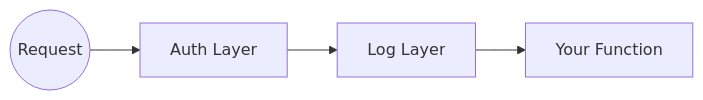
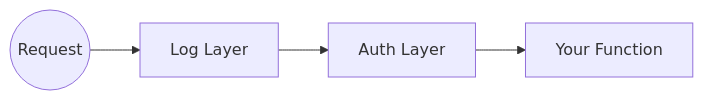
Before and after one commit to dake-edu/gopher-shop: the diagram in docs/middle/10-middleware.md, drawn with Mermaid. The commit also changed other lines of this file and 85 other files, not shown here.

````diff
--- a/docs/middle/10-middleware.md
+++ b/docs/middle/10-middleware.md
@@ -46,6 +46,6 @@
 ```mermaid
 graph LR
-    Req((Request)) --> Auth[Auth Layer]
-    Auth --> Log[Log Layer]
-    Log --> Handler[Your Function]
+    Req((Request)) --> Log[Log Layer]
+    Log --> Auth[Auth Layer]
+    Auth --> Handler[Your Function]
 ```
````
